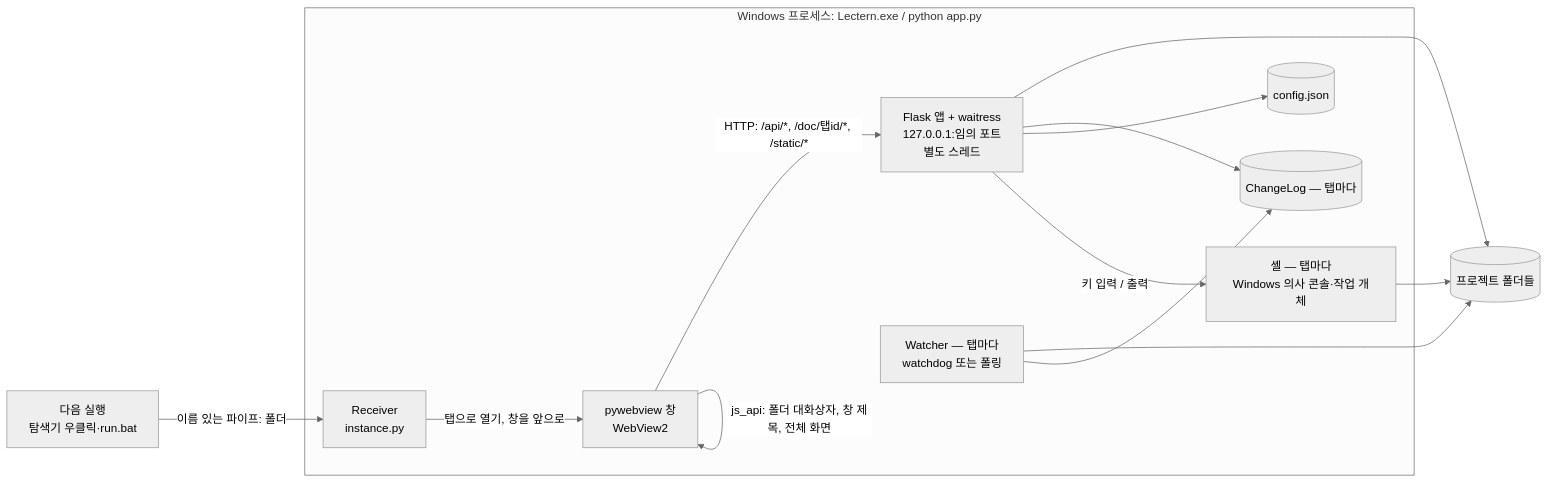
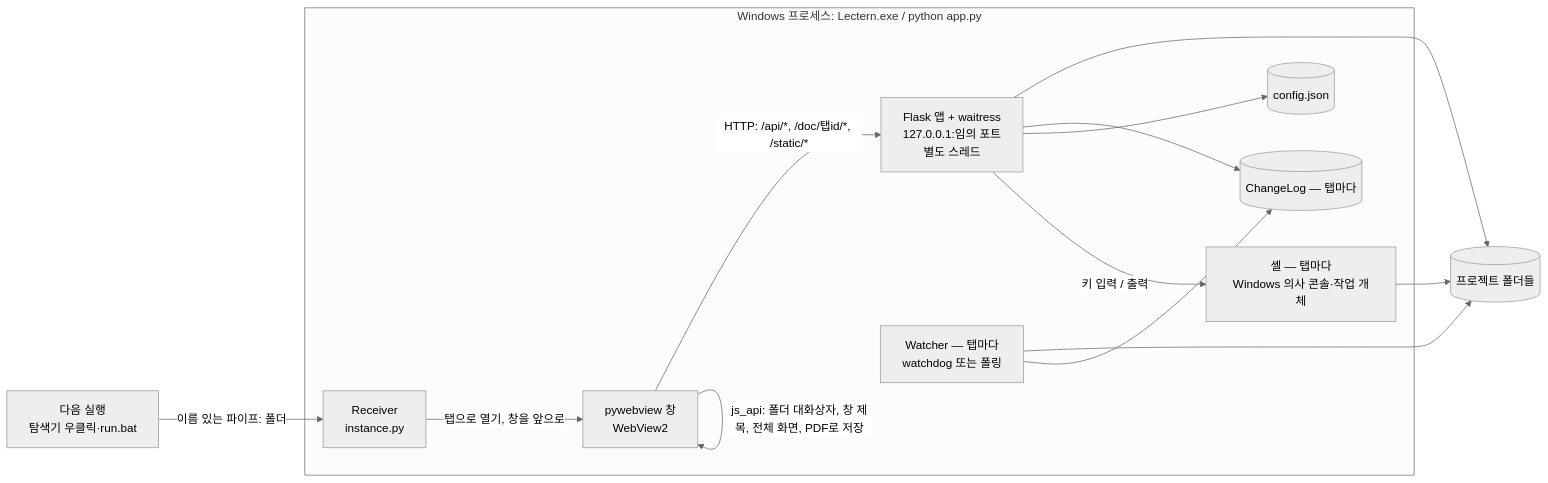
The first of 2 diagrams in docs/ARCHITECTURE.md (samiblog/lectern), drawn with Mermaid (neutral theme) before and after one commit. The commit also changed other lines of this file and 35 other files, not shown here.

````diff
--- a/docs/ARCHITECTURE.md
+++ b/docs/ARCHITECTURE.md
@@ -7,25 +7,25 @@
 ```mermaid
 flowchart LR
     subgraph Win[Windows 프로세스: Lectern.exe / python app.py]
         PW[pywebview 창<br/>WebView2]
         HTTP[Flask 앱 + waitress<br/>127.0.0.1:임의 포트<br/>별도 스레드]
         W[Watcher — 탭마다<br/>watchdog 또는 폴링]
         LOG[(ChangeLog — 탭마다)]
         CFG[(config.json)]
         RCV[Receiver<br/>instance.py]
         TERM[셸 — 탭마다<br/>Windows 의사 콘솔·작업 개체]
     end
     FS[(프로젝트 폴더들)]
     NEXT[다음 실행<br/>탐색기 우클릭·run.bat]
     PW -- "HTTP: /api/*, /doc/탭id/*, /static/*" --> HTTP
-    PW -- "js_api: 폴더 대화상자, 창 제목, 전체 화면" --> PW
+    PW -- "js_api: 폴더 대화상자, 창 제목, 전체 화면, PDF로 저장" --> PW
     HTTP --> FS
     W --> FS
     W --> LOG
     HTTP --> LOG
     HTTP --> CFG
     HTTP -- "키 입력 / 출력" --> TERM
     TERM --> FS
     NEXT -- "이름 있는 파이프: 폴더" --> RCV
     RCV -- "탭으로 열기, 창을 앞으로" --> PW
 ```
````
